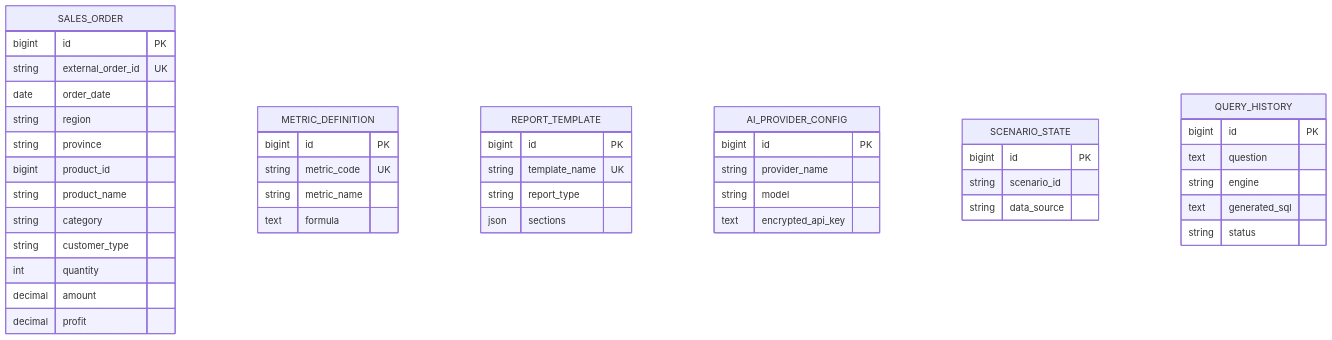
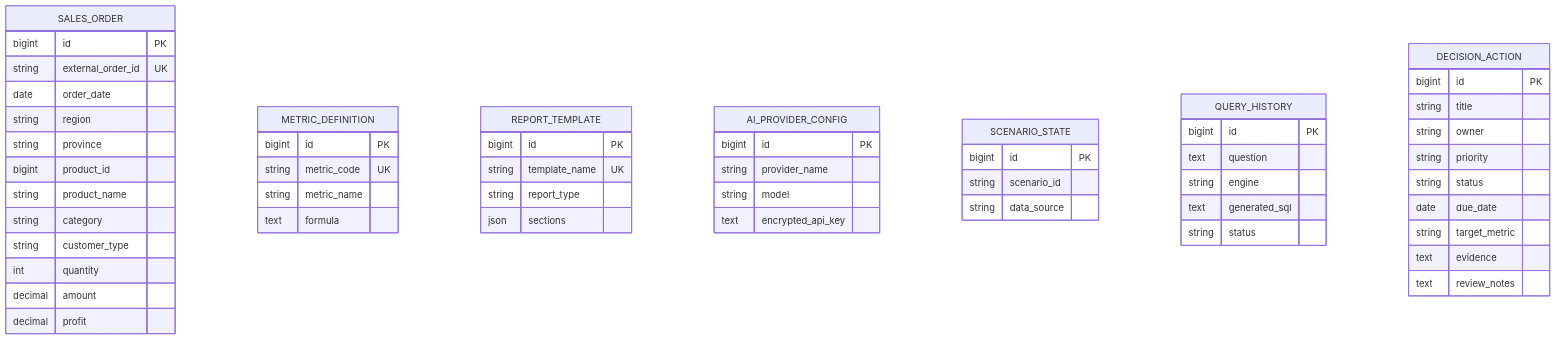
Before and after one commit to Egosist-yeqi/smart-bi-insight-report-platform: the diagram in 文档/数据库与数据字典.md, drawn with Mermaid. The commit also changed other lines of this file and 21 other files, not shown here.

Commit message:
feat: add decision action center

````diff
--- a/文档/数据库与数据字典.md
+++ b/文档/数据库与数据字典.md
@@ -7,47 +7,58 @@
 ```mermaid
 erDiagram
     SALES_ORDER {
         bigint id PK
         string external_order_id UK
         date order_date
         string region
         string province
         bigint product_id
         string product_name
         string category
         string customer_type
         int quantity
         decimal amount
         decimal profit
     }
     METRIC_DEFINITION {
         bigint id PK
         string metric_code UK
         string metric_name
         text formula
     }
     REPORT_TEMPLATE {
         bigint id PK
         string template_name UK
         string report_type
         json sections
     }
     AI_PROVIDER_CONFIG {
         bigint id PK
         string provider_name
         string model
         text encrypted_api_key
     }
     SCENARIO_STATE {
         bigint id PK
         string scenario_id
         string data_source
     }
     QUERY_HISTORY {
         bigint id PK
         text question
         string engine
         text generated_sql
         string status
     }
+    DECISION_ACTION {
+        bigint id PK
+        string title
+        string owner
+        string priority
+        string status
+        date due_date
+        string target_metric
+        text evidence
+        text review_notes
+    }
 ```
````
